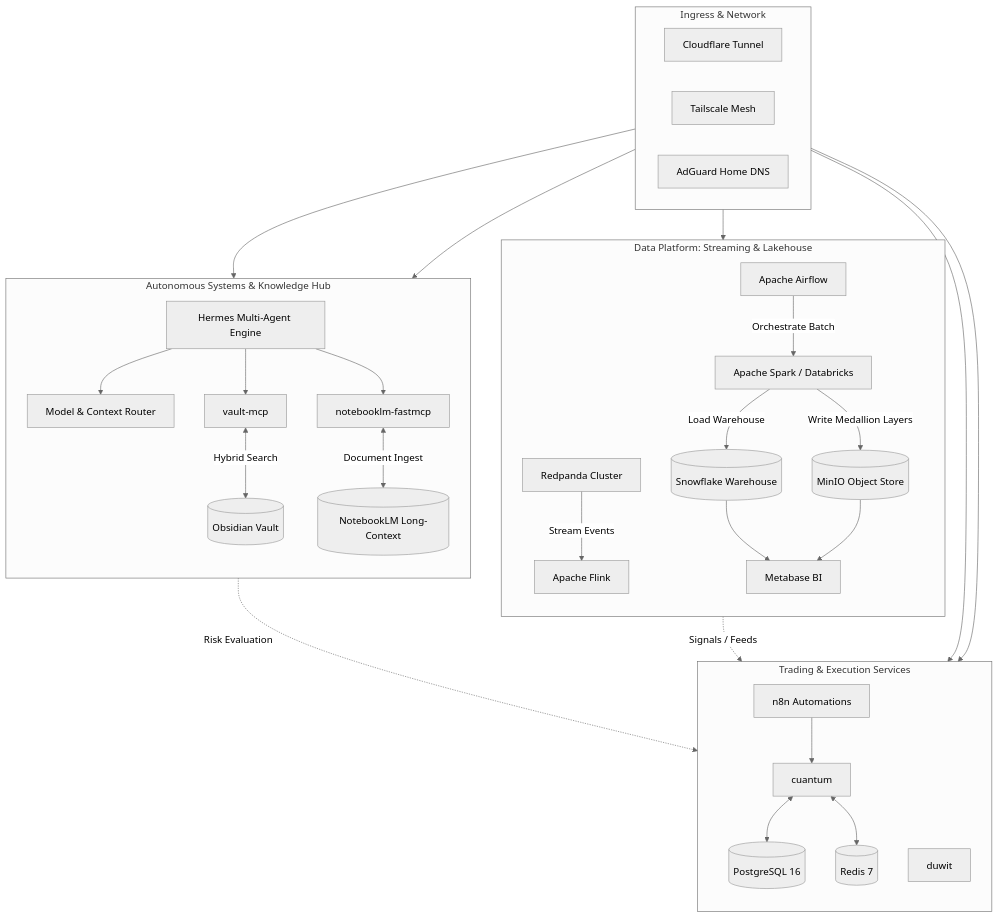
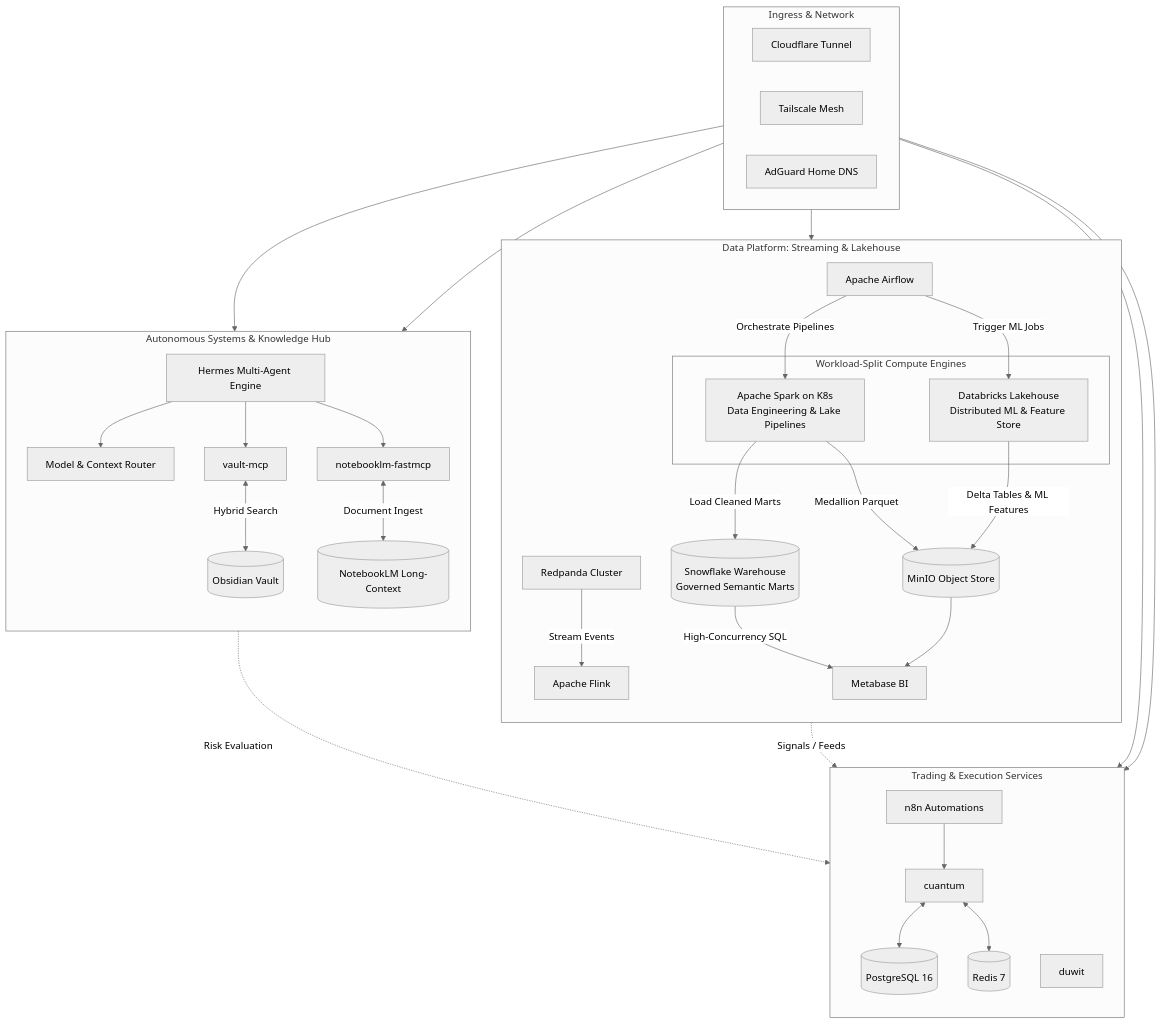
The diagram in README.md (mpandudc/mpandudc), drawn with Mermaid (neutral theme) before and after one commit. The commit also changed other lines of this file, not shown here.

Commit message:
docs: clarify workload-split rationale between Databricks (ML/PySpark) and Snowflake (BI/Governance)

````diff
--- a/README.md
+++ b/README.md
@@ -17,64 +17,71 @@
 ```mermaid
 flowchart TB
     subgraph INGRESS [Ingress & Network]
         direction LR
         CF[Cloudflare Tunnel]
         TS[Tailscale Mesh]
         DNS[AdGuard Home DNS]
     end
 
     subgraph DATA_PLATFORM [Data Platform: Streaming & Lakehouse]
         direction TB
         REDPANDA[Redpanda Cluster]
         FLINK[Apache Flink]
-        SPARK[Apache Spark / Databricks]
         AIRFLOW[Apache Airflow]
         MINIO[(MinIO Object Store)]
-        SNOWFLAKE[(Snowflake Warehouse)]
+        
+        subgraph COMPUTE_SPLIT [Workload-Split Compute Engines]
+            SPARK[Apache Spark on K8s<br/>Data Engineering & Lake Pipelines]
+            DATABRICKS[Databricks Lakehouse<br/>Distributed ML & Feature Store]
+        end
+        
+        SNOWFLAKE[(Snowflake Warehouse<br/>Governed Semantic Marts)]
         METABASE[Metabase BI]
 
         REDPANDA -->|Stream Events| FLINK
-        AIRFLOW -->|Orchestrate Batch| SPARK
-        SPARK -->|Write Medallion Layers| MINIO
-        SPARK -->|Load Warehouse| SNOWFLAKE
-        SNOWFLAKE --> METABASE
+        AIRFLOW -->|Orchestrate Pipelines| SPARK
+        AIRFLOW -->|Trigger ML Jobs| DATABRICKS
+        SPARK -->|Medallion Parquet| MINIO
+        DATABRICKS -->|Delta Tables & ML Features| MINIO
+        SPARK -->|Load Cleaned Marts| SNOWFLAKE
+        SNOWFLAKE -->|High-Concurrency SQL| METABASE
         MINIO --> METABASE
     end
 
     subgraph AI_KNOWLEDGE [Autonomous Systems & Knowledge Hub]
         direction TB
         HERMES[Hermes Multi-Agent Engine]
         ROUTER[Model & Context Router]
         VAULT_MCP[vault-mcp]
         NLM_MCP[notebooklm-fastmcp]
         OBSIDIAN[(Obsidian Vault)]
         NLM_ENGINE[(NotebookLM Long-Context)]
 
         HERMES --> ROUTER
         HERMES --> VAULT_MCP
         HERMES --> NLM_MCP
         VAULT_MCP <-->|Hybrid Search| OBSIDIAN
         NLM_MCP <-->|Document Ingest| NLM_ENGINE
     end
 
     subgraph APPS_OPS [Trading & Execution Services]
         direction TB
         CUANTUM[cuantum]
         DUWIT[duwit]
         N8N[n8n Automations]
         PG[(PostgreSQL 16)]
         REDIS[(Redis 7)]
 
         CUANTUM <--> PG
         CUANTUM <--> REDIS
         FLINK -.->|Signals / Feeds| CUANTUM
         HERMES -.->|Risk Evaluation| CUANTUM
         N8N --> CUANTUM
     end
 
     CF --> CUANTUM
     CF --> ROUTER
     TS --> DATA_PLATFORM
     TS --> AI_KNOWLEDGE
     TS --> APPS_OPS
 ```
````
